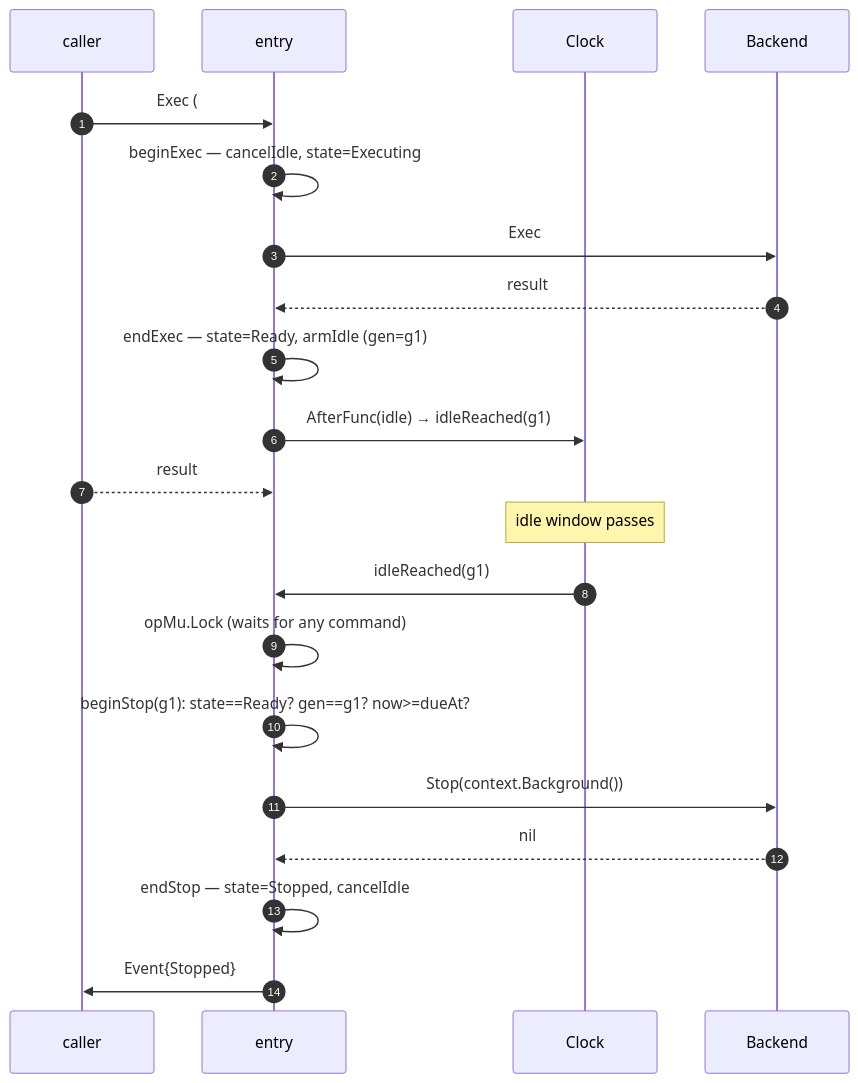
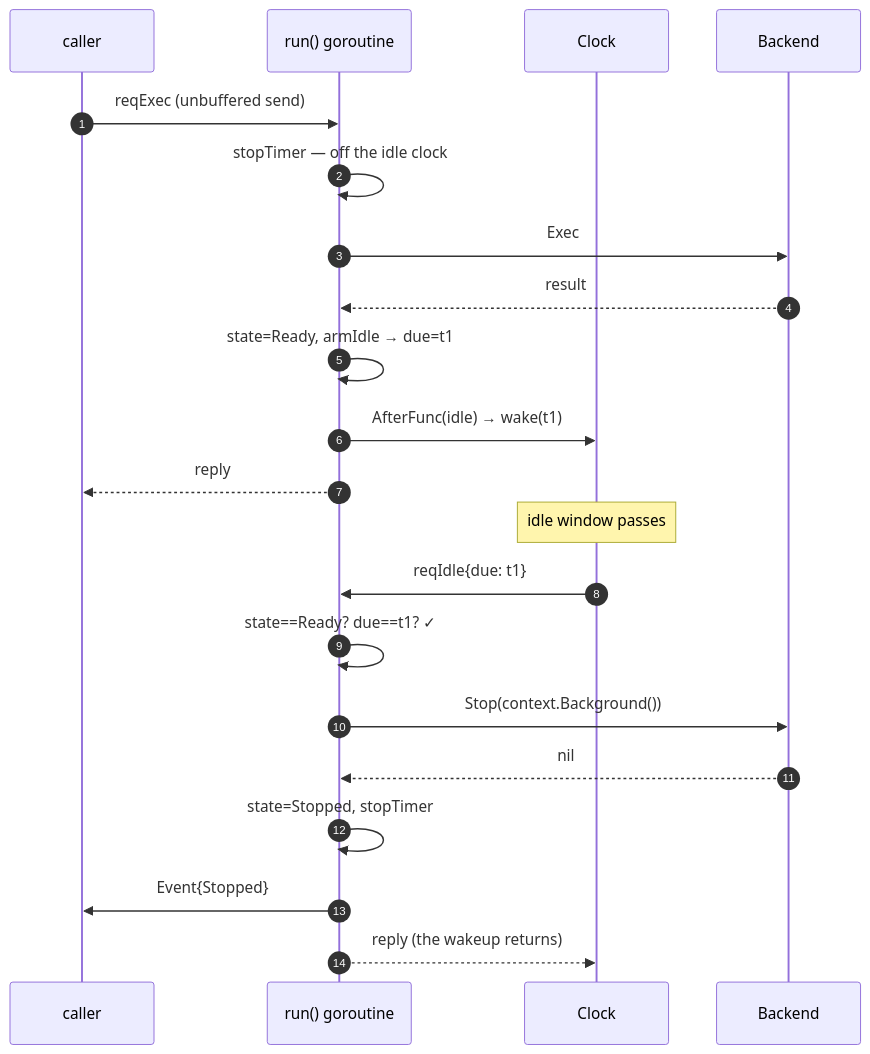
The fifth of 12 diagrams in docs/sandbox.md (maikdotfi/metaharness), drawn with Mermaid before and after one commit. The commit also changed other lines of this file and 6 other files, not shown here.

````diff
--- a/docs/sandbox.md
+++ b/docs/sandbox.md
@@ -229,26 +269,26 @@
 ```mermaid
 sequenceDiagram
     autonumber
     participant C as caller
-    participant E as entry
+    participant R as run() goroutine
     participant K as Clock
     participant B as Backend
 
-    C->>E: Exec (#1)
-    E->>E: beginExec — cancelIdle, state=Executing
-    E->>B: Exec
-    B-->>E: result
-    E->>E: endExec — state=Ready, armIdle (gen=g1)
-    E->>K: AfterFunc(idle) → idleReached(g1)
-    C-->>E: result
+    C->>R: reqExec (unbuffered send)
+    R->>R: stopTimer — off the idle clock
+    R->>B: Exec
+    B-->>R: result
+    R->>R: state=Ready, armIdle → due=t1
+    R->>K: AfterFunc(idle) → wake(t1)
+    R-->>C: reply
 
     Note over K: idle window passes
 
-    K->>E: idleReached(g1)
-    E->>E: opMu.Lock (waits for any command)
-    E->>E: beginStop(g1): state==Ready? gen==g1? now>=dueAt?
-    E->>B: Stop(context.Background())
-    B-->>E: nil
-    E->>E: endStop — state=Stopped, cancelIdle
-    E->>C: Event{Stopped}
+    K->>R: reqIdle{due: t1}
+    R->>R: state==Ready? due==t1? ✓
+    R->>B: Stop(context.Background())
+    B-->>R: nil
+    R->>R: state=Stopped, stopTimer
+    R->>C: Event{Stopped}
+    R-->>K: reply (the wakeup returns)
 ```
````
